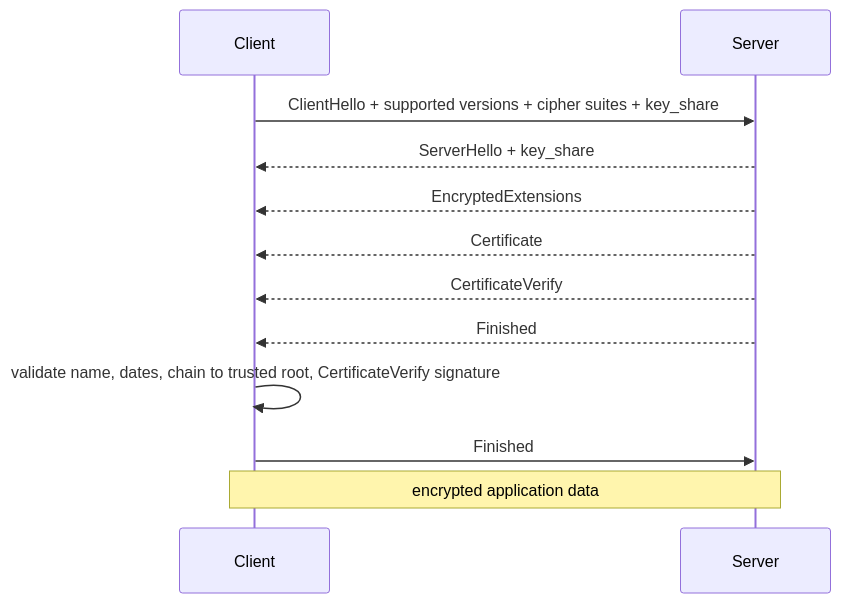
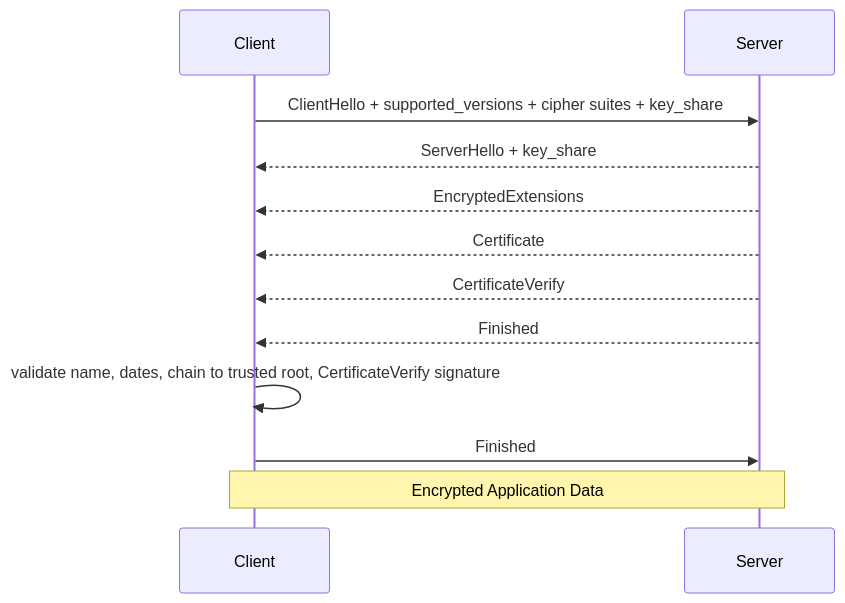
Before and after one commit to sanketn26/learn-security: the first of 2 diagrams in docs/modules/06-cryptography.md, drawn with Mermaid. The commit also changed other lines of this file and 22 other files, not shown here.

````diff
--- a/docs/modules/06-cryptography.md
+++ b/docs/modules/06-cryptography.md
@@ -41,12 +47,12 @@
 ```mermaid
 sequenceDiagram
-  Client->>Server: ClientHello + supported versions + cipher suites + key_share
+  Client->>Server: ClientHello + supported_versions + cipher suites + key_share
   Server-->>Client: ServerHello + key_share
   Server-->>Client: EncryptedExtensions
   Server-->>Client: Certificate
   Server-->>Client: CertificateVerify
   Server-->>Client: Finished
   Client->>Client: validate name, dates, chain to trusted root, CertificateVerify signature
   Client->>Server: Finished
-  Note over Client,Server: encrypted application data
+  Note over Client,Server: Encrypted Application Data
 ```
````
